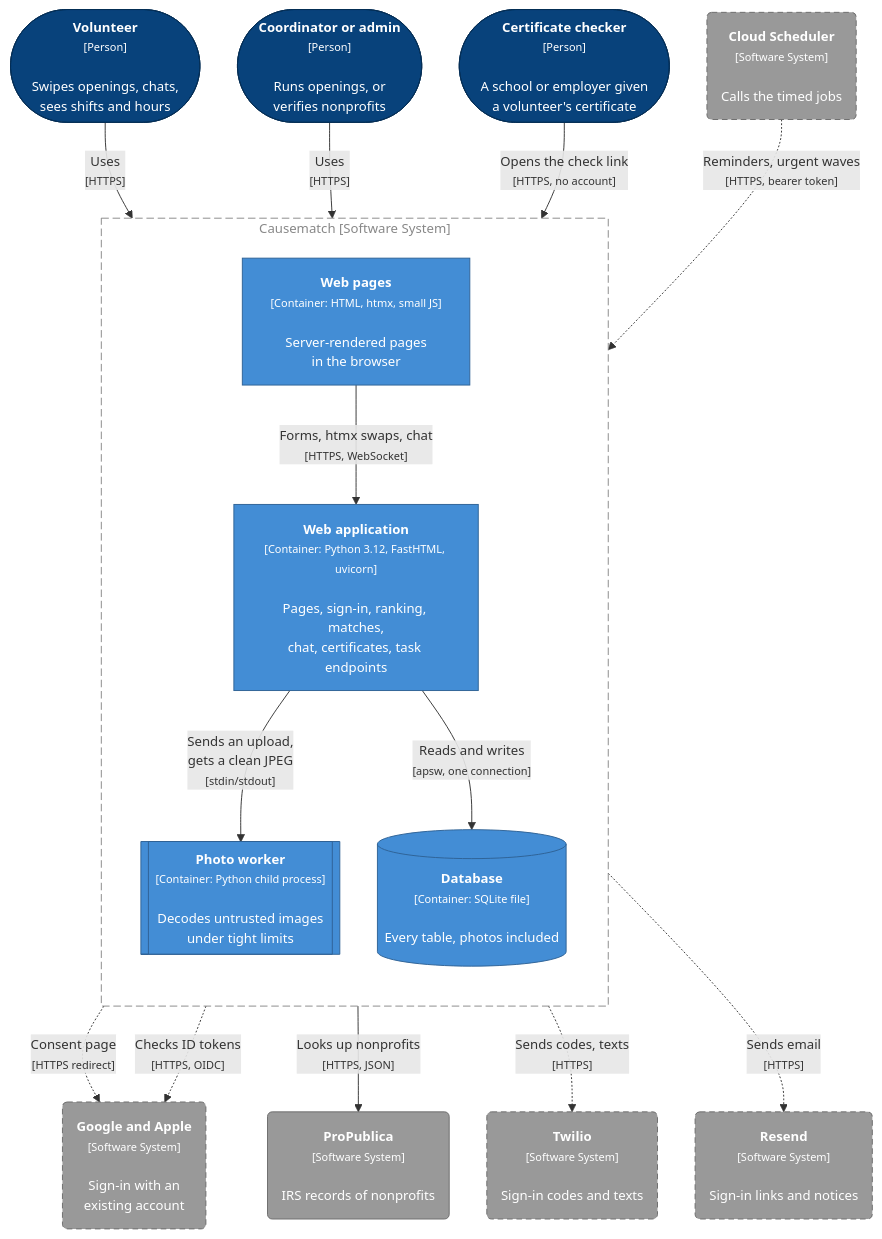
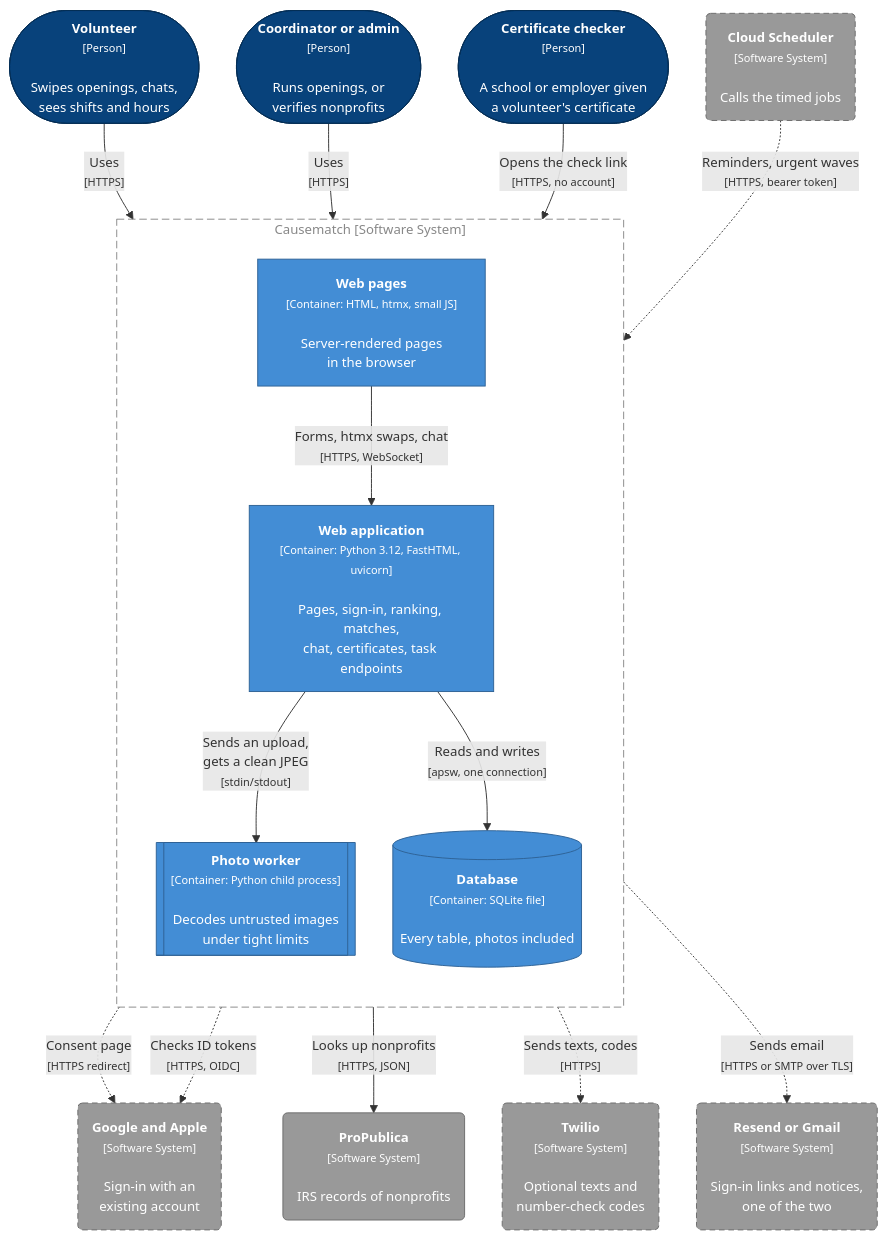
Before and after one commit to slegroux/causematch: the third of 26 diagrams in docs/ARCHITECTURE.md, drawn with Mermaid. The commit also changed other lines of this file, not shown here.

First line of the commit message:
Architecture doc: up to date with main through #39

````diff
--- a/docs/ARCHITECTURE.md
+++ b/docs/ARCHITECTURE.md
@@ -155,44 +156,44 @@
 ```mermaid
 %%{init: {"flowchart": {"curve": "basis", "nodeSpacing": 40, "rankSpacing": 60}, "themeVariables": {"fontFamily": "Helvetica, Arial, sans-serif", "fontSize": "14px"}}}%%
 flowchart TB
     vol(["<b>Volunteer</b><br/><small>[Person]</small><br/><br/>Swipes openings, chats,<br/>sees shifts and hours"])
     staff(["<b>Coordinator or admin</b><br/><small>[Person]</small><br/><br/>Runs openings, or<br/>verifies nonprofits"])
     checker(["<b>Certificate checker</b><br/><small>[Person]</small><br/><br/>A school or employer given<br/>a volunteer's certificate"])
 
     subgraph cm["Causematch [Software System]"]
         direction TB
         ui["<b>Web pages</b><br/><small>[Container: HTML, htmx, small JS]</small><br/><br/>Server-rendered pages<br/>in the browser"]
         app["<b>Web application</b><br/><small>[Container: Python 3.12, FastHTML, uvicorn]</small><br/><br/>Pages, sign-in, ranking, matches,<br/>chat, certificates, task endpoints"]
         worker[["<b>Photo worker</b><br/><small>[Container: Python child process]</small><br/><br/>Decodes untrusted images<br/>under tight limits"]]
         db[("<b>Database</b><br/><small>[Container: SQLite file]</small><br/><br/>Every table, photos included")]
     end
 
     pp("<b>ProPublica</b><br/><small>[Software System]</small><br/><br/>IRS records of nonprofits")
     idp("<b>Google and Apple</b><br/><small>[Software System]</small><br/><br/>Sign-in with an<br/>existing account")
-    twilio("<b>Twilio</b><br/><small>[Software System]</small><br/><br/>Sign-in codes and texts")
-    resend("<b>Resend</b><br/><small>[Software System]</small><br/><br/>Sign-in links and notices")
+    twilio("<b>Twilio</b><br/><small>[Software System]</small><br/><br/>Optional texts and<br/>number-check codes")
+    resend("<b>Resend or Gmail</b><br/><small>[Software System]</small><br/><br/>Sign-in links and notices,<br/>one of the two")
     sched("<b>Cloud Scheduler</b><br/><small>[Software System]</small><br/><br/>Calls the timed jobs")
 
     vol -- "Uses<br/><small>[HTTPS]</small>" --> ui
     staff -- "Uses<br/><small>[HTTPS]</small>" --> ui
     checker -- "Opens the check link<br/><small>[HTTPS, no account]</small>" --> ui
     ui -- "Forms, htmx swaps, chat<br/><small>[HTTPS, WebSocket]</small>" --> app
     ui -. "Consent page<br/><small>[HTTPS redirect]</small>" .-> idp
     app -- "Sends an upload,<br/>gets a clean JPEG<br/><small>[stdin/stdout]</small>" --> worker
     app -- "Reads and writes<br/><small>[apsw, one connection]</small>" --> db
     app -- "Looks up nonprofits<br/><small>[HTTPS, JSON]</small>" --> pp
     app -. "Checks ID tokens<br/><small>[HTTPS, OIDC]</small>" .-> idp
-    app -. "Sends codes, texts<br/><small>[HTTPS]</small>" .-> twilio
-    app -. "Sends email<br/><small>[HTTPS]</small>" .-> resend
+    app -. "Sends texts, codes<br/><small>[HTTPS]</small>" .-> twilio
+    app -. "Sends email<br/><small>[HTTPS or SMTP over TLS]</small>" .-> resend
     sched -. "Reminders, urgent waves<br/><small>[HTTPS, bearer token]</small>" .-> app
 
     classDef person fill:#08427b,stroke:#052e56,color:#ffffff
     classDef container fill:#438dd5,stroke:#2e6295,color:#ffffff
     classDef external fill:#999999,stroke:#6b6b6b,color:#ffffff
     classDef planned fill:#999999,stroke:#6b6b6b,color:#ffffff,stroke-dasharray:6 4
     class vol,staff,checker person
     class ui,app,worker,db container
     class pp external
     class idp,twilio,resend,sched planned
     style cm fill:none,stroke:#888888,stroke-dasharray:8 4,color:#888888
 ```
````
